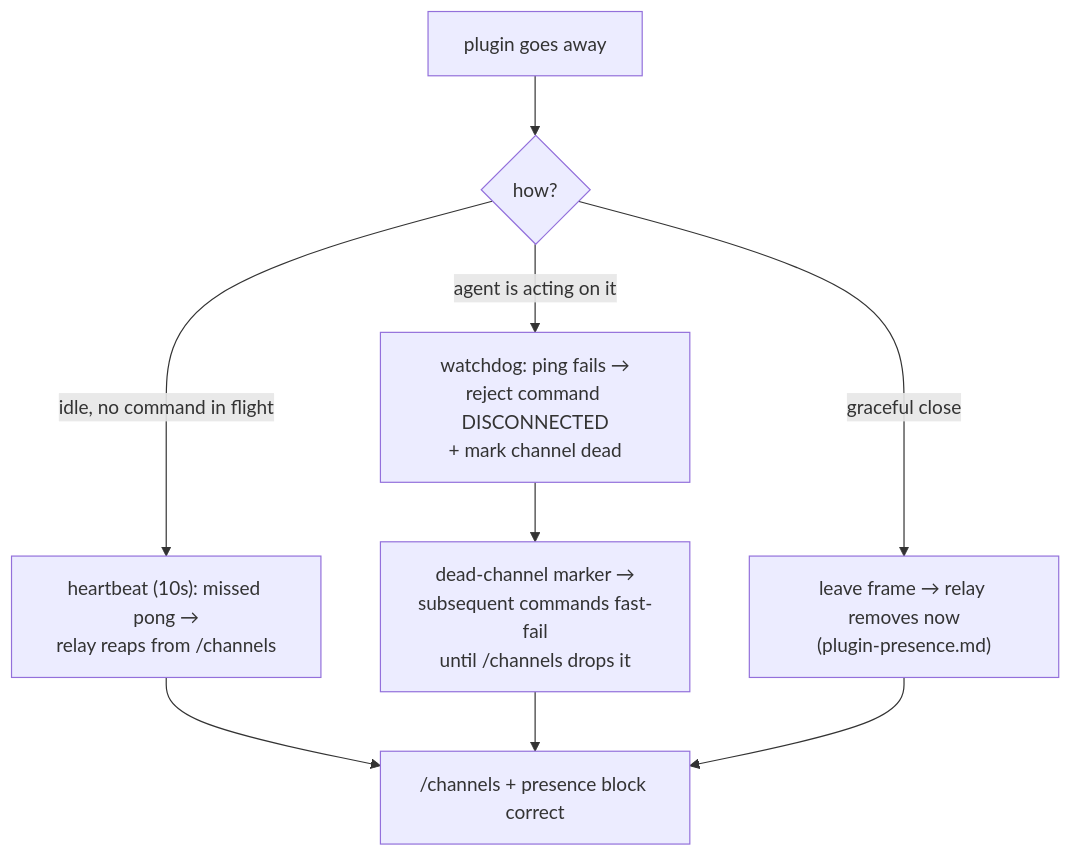
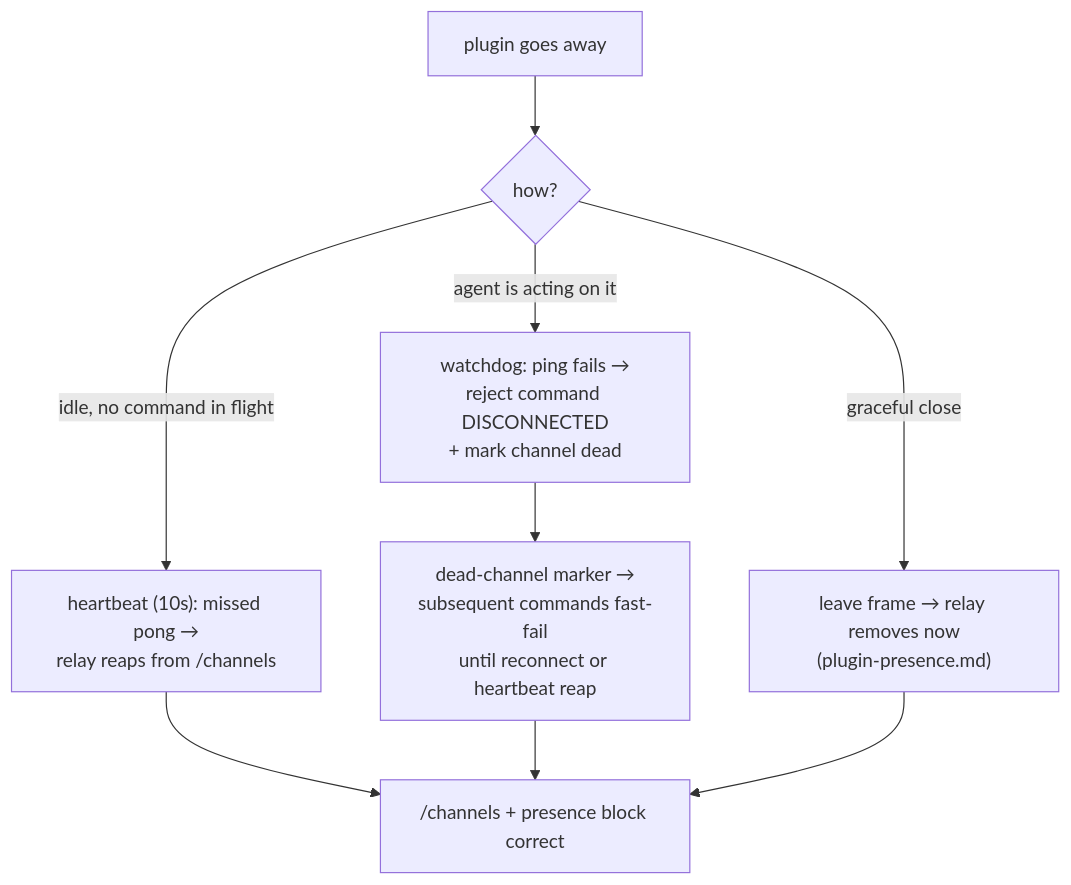
The diagram in docs/specs/connection-liveness.md (yleilu/figma-agent-bridge), drawn with Mermaid before and after one commit. The commit also changed other lines of this file, not shown here.

First line of the commit message:
docs(spec): key dead-channel marker on connectedAt (not epoch)

````diff
--- a/docs/specs/connection-liveness.md
+++ b/docs/specs/connection-liveness.md
@@ -177,11 +178,11 @@
 ```mermaid
 flowchart TB
     Close["plugin goes away"] --> G{how?}
     G -->|graceful close| LV["leave frame → relay removes now\n(plugin-presence.md)"]
     G -->|agent is acting on it| WD["watchdog: ping fails →\nreject command DISCONNECTED\n+ mark channel dead"]
     G -->|idle, no command in flight| HB["heartbeat (10s): missed pong →\nrelay reaps from /channels"]
-    WD --> MK["dead-channel marker →\nsubsequent commands fast-fail\nuntil /channels drops it"]
+    WD --> MK["dead-channel marker →\nsubsequent commands fast-fail\nuntil reconnect or heartbeat reap"]
     HB --> REG["/channels + presence block correct"]
     MK --> REG
     LV --> REG
 ```
````
